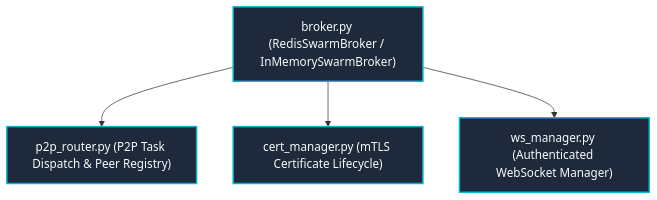
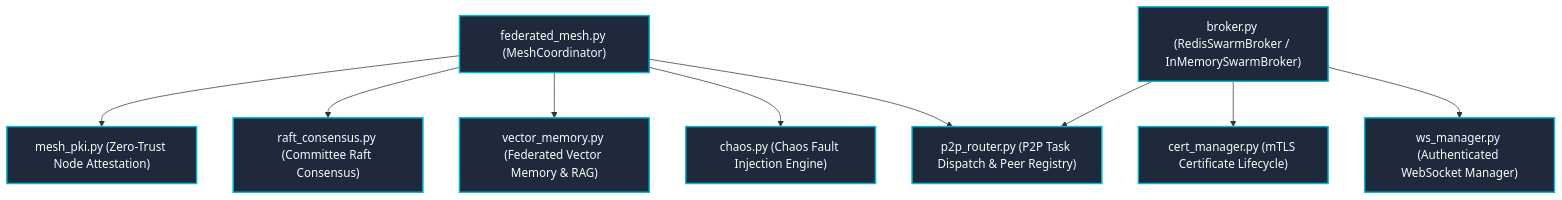
One commit to OPluke11-abula/LLM-Agent-System changed the diagram in docs/obsidian/layers/L7-Distributed-Mesh-and-P2P.md. Above: the diagram before and after it, drawn with Mermaid. The commit also changed other lines of this file and 75 other files, not shown here.

````diff
--- a/docs/obsidian/layers/L7-Distributed-Mesh-and-P2P.md
+++ b/docs/obsidian/layers/L7-Distributed-Mesh-and-P2P.md
@@ -22,13 +22,23 @@
 ```mermaid
 graph TD
     classDef mesh fill:#1e293b,stroke:#06b6d4,stroke-width:2px,color:#f8fafc;
 
+    MESH["federated_mesh.py (MeshCoordinator)"]:::mesh
+    PKI["mesh_pki.py (Zero-Trust Node Attestation)"]:::mesh
+    RAFT["raft_consensus.py (Committee Raft Consensus)"]:::mesh
+    VEC["vector_memory.py (Federated Vector Memory & RAG)"]:::mesh
+    CHAOS["chaos.py (Chaos Fault Injection Engine)"]:::mesh
     BRK["broker.py (RedisSwarmBroker / InMemorySwarmBroker)"]:::mesh
     P2P["p2p_router.py (P2P Task Dispatch & Peer Registry)"]:::mesh
     CRT["cert_manager.py (mTLS Certificate Lifecycle)"]:::mesh
     WSM["ws_manager.py (Authenticated WebSocket Manager)"]:::mesh
 
+    MESH --> PKI
+    MESH --> RAFT
+    MESH --> VEC
+    MESH --> CHAOS
+    MESH --> P2P
     BRK --> P2P
     BRK --> CRT
     BRK --> WSM
 ```
````
